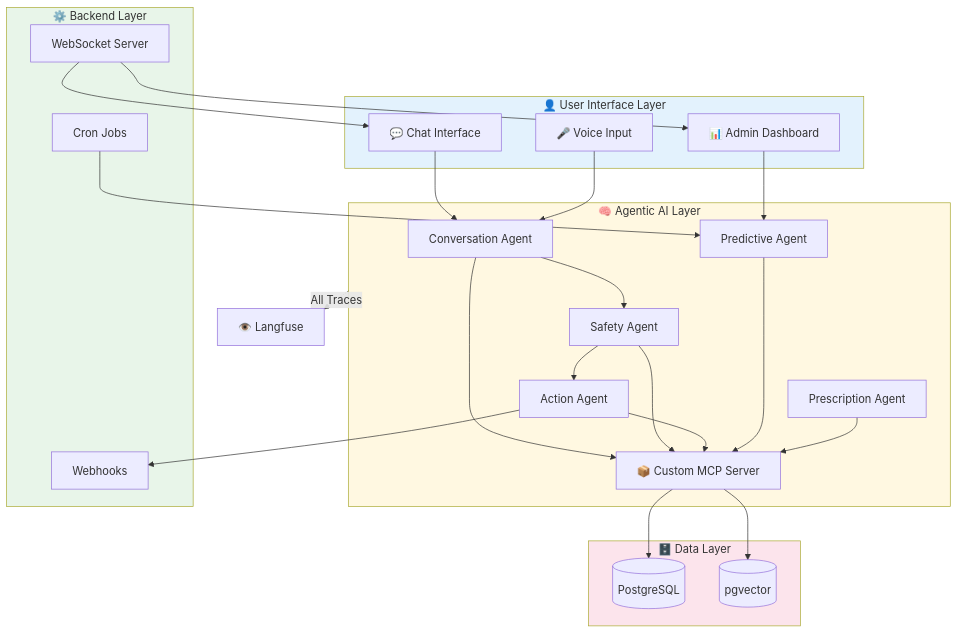
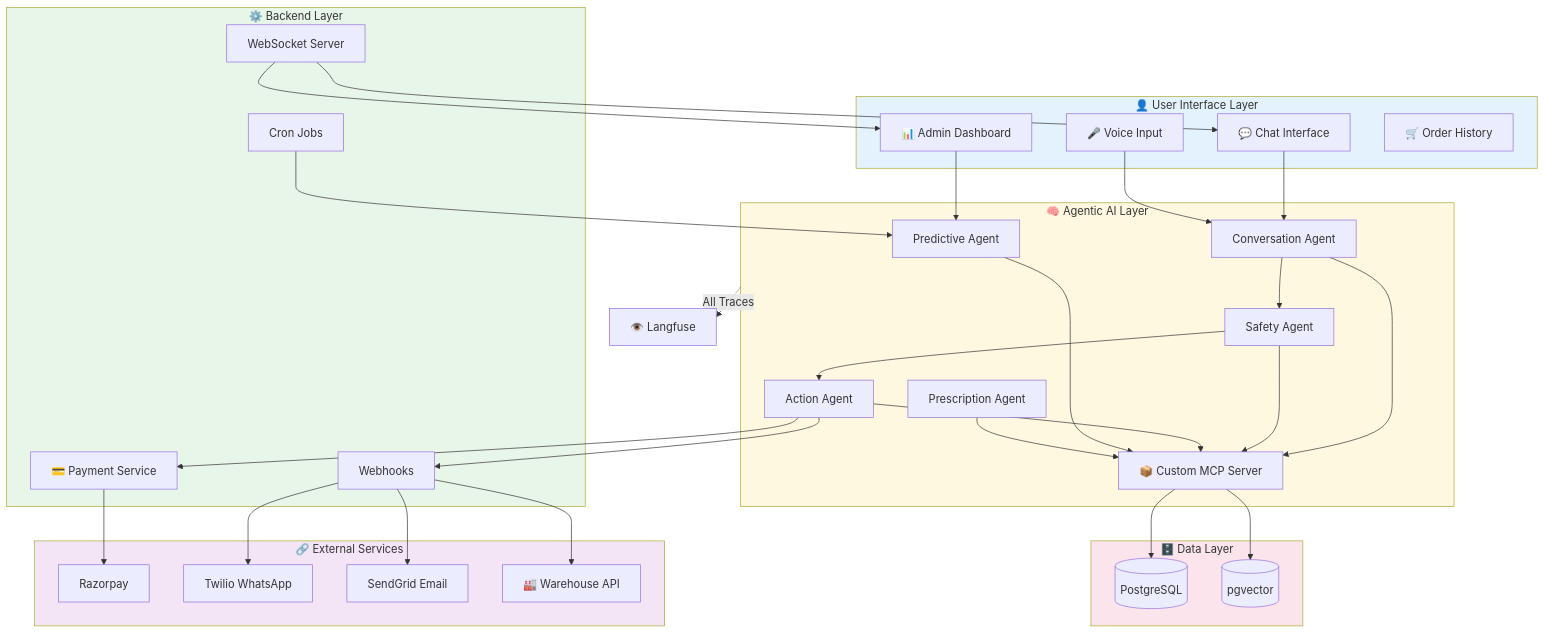
Before and after one commit to kartik-shirale/hackfusion-3: the second of 14 diagrams in README.md, drawn with Mermaid. The commit also changed other lines of this file, not shown here.

````diff
--- a/README.md
+++ b/README.md
@@ -69,46 +72,58 @@
 ```mermaid
 graph TB
     subgraph Layer1["👤 User Interface Layer"]
         UI1[💬 Chat Interface]
         UI2[🎤 Voice Input]
         UI3[📊 Admin Dashboard]
+        UI4[🛒 Order History]
     end
     
     subgraph Layer2["🧠 Agentic AI Layer"]
         AG1[Conversation Agent]
         AG2[Safety Agent]
         AG3[Action Agent]
         AG4[Predictive Agent]
         AG5[Prescription Agent]
         MCP[📦 Custom MCP Server]
     end
     
     subgraph Layer3["⚙️ Backend Layer"]
         WH[Webhooks]
         CR[Cron Jobs]
         WS[WebSocket Server]
+        PAY[💳 Payment Service]
     end
     
     subgraph Layer4["🗄️ Data Layer"]
         DB[(PostgreSQL)]
         VEC[(pgvector)]
+    end
+    
+    subgraph Layer5["🔗 External Services"]
+        RZ[Razorpay]
+        TW[Twilio WhatsApp]
+        SG[SendGrid Email]
+        WRH[🏭 Warehouse API]
     end
     
     UI1 & UI2 --> AG1
     UI3 --> AG4
     AG1 --> AG2 --> AG3
     CR --> AG4
     
     AG1 & AG2 & AG3 & AG4 & AG5 --> MCP
     MCP --> DB & VEC
     
     AG3 --> WH
+    AG3 --> PAY --> RZ
+    WH --> TW & SG & WRH
     WS --> UI1 & UI3
     
     Layer2 -.->|All Traces| LF[👁️ Langfuse]
     
     style Layer1 fill:#e3f2fd
     style Layer2 fill:#fff8e1
     style Layer3 fill:#e8f5e9
     style Layer4 fill:#fce4ec
+    style Layer5 fill:#f3e5f5
 ```
````
